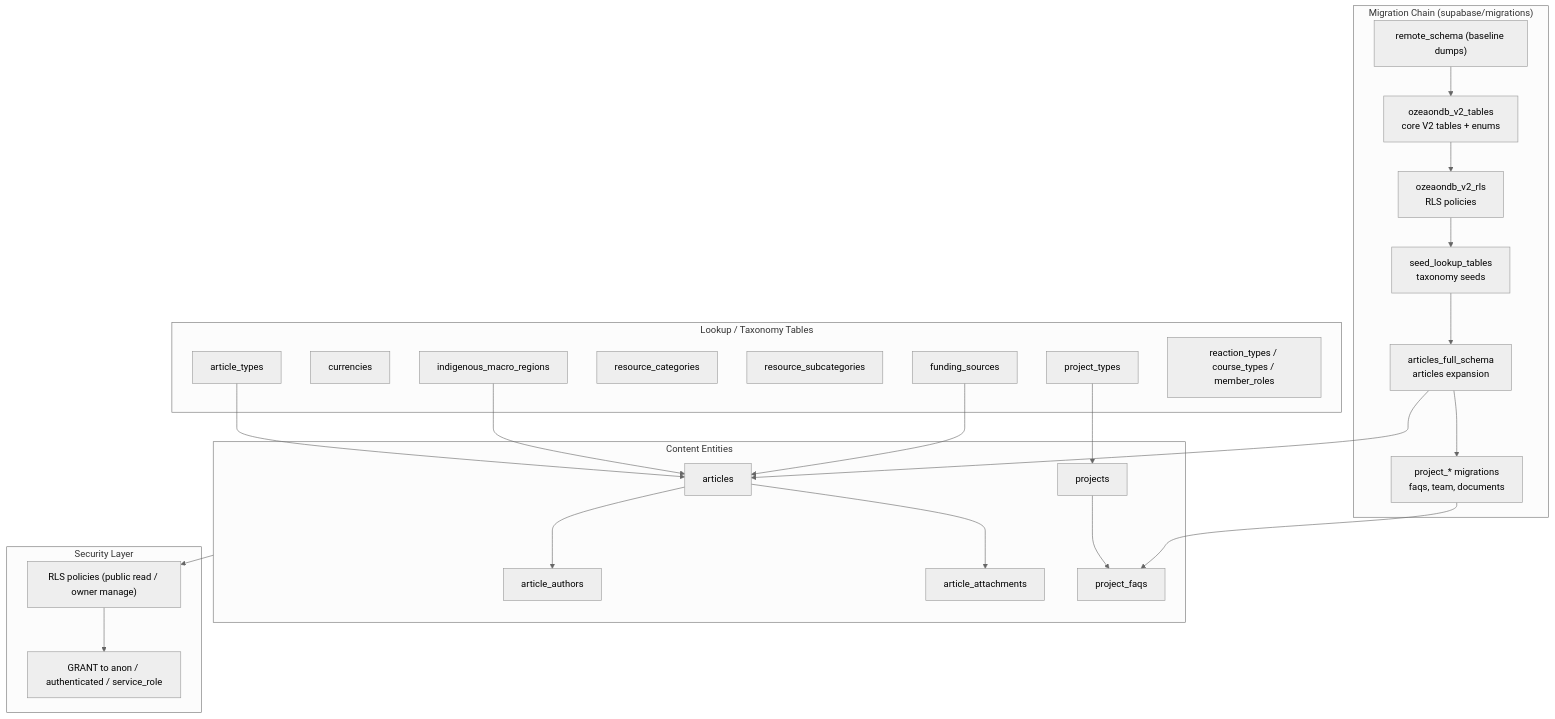
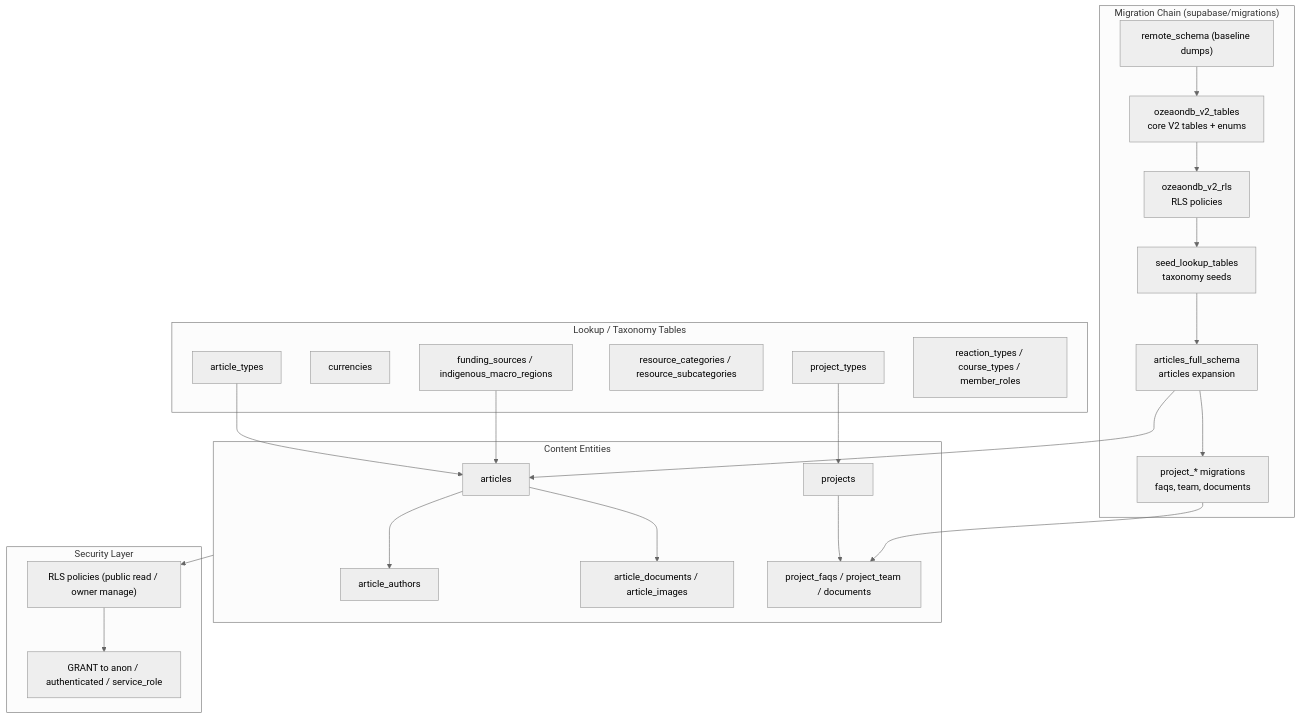
Before and after one commit to jackcasstlesjones/ozeaon-wiki: the first of 2 diagrams in src/content/docs/architecture/data-model-and-schema.md, drawn with Mermaid (neutral theme). The commit also changed other lines of this file and 8 other files, not shown here.

````diff
--- a/src/content/docs/architecture/data-model-and-schema.md
+++ b/src/content/docs/architecture/data-model-and-schema.md
@@ -48,48 +31,45 @@
 ```mermaid
 flowchart TD
     subgraph sg_Migrations["Migration Chain (supabase/migrations)"]
         M1["remote_schema (baseline dumps)"]
         M2["ozeaondb_v2_tables<br/>core V2 tables + enums"]
         M3["ozeaondb_v2_rls<br/>RLS policies"]
         M4["seed_lookup_tables<br/>taxonomy seeds"]
         M5["articles_full_schema<br/>articles expansion"]
         M6["project_* migrations<br/>faqs, team, documents"]
         M1 --> M2 --> M3 --> M4 --> M5 --> M6
     end
 
     subgraph sg_Lookup["Lookup / Taxonomy Tables"]
         L1["article_types"]
         L2["currencies"]
         L3["project_types"]
-        L4["resource_categories"]
-        L5["resource_subcategories"]
-        L6["funding_sources"]
-        L7["indigenous_macro_regions"]
-        L8["reaction_types / course_types / member_roles"]
+        L4["resource_categories / resource_subcategories"]
+        L5["funding_sources / indigenous_macro_regions"]
+        L6["reaction_types / course_types / member_roles"]
     end
 
     subgraph sg_Content["Content Entities"]
         A["articles"]
         AA["article_authors"]
-        AT["article_attachments"]
+        AD["article_documents / article_images"]
         P["projects"]
-        PF["project_faqs"]
+        PF["project_faqs / project_team / documents"]
     end
 
     subgraph sg_Security["Security Layer"]
         RLS["RLS policies (public read / owner manage)"]
         GRANT["GRANT to anon / authenticated / service_role"]
     end
 
     M5 --> A
     M6 --> PF
-    L6 --> A
-    L7 --> A
+    L5 --> A
     L1 --> A
     L3 --> P
     A --> AA
-    A --> AT
+    A --> AD
     P --> PF
     sg_Content --> RLS
     RLS --> GRANT
 ```
````
